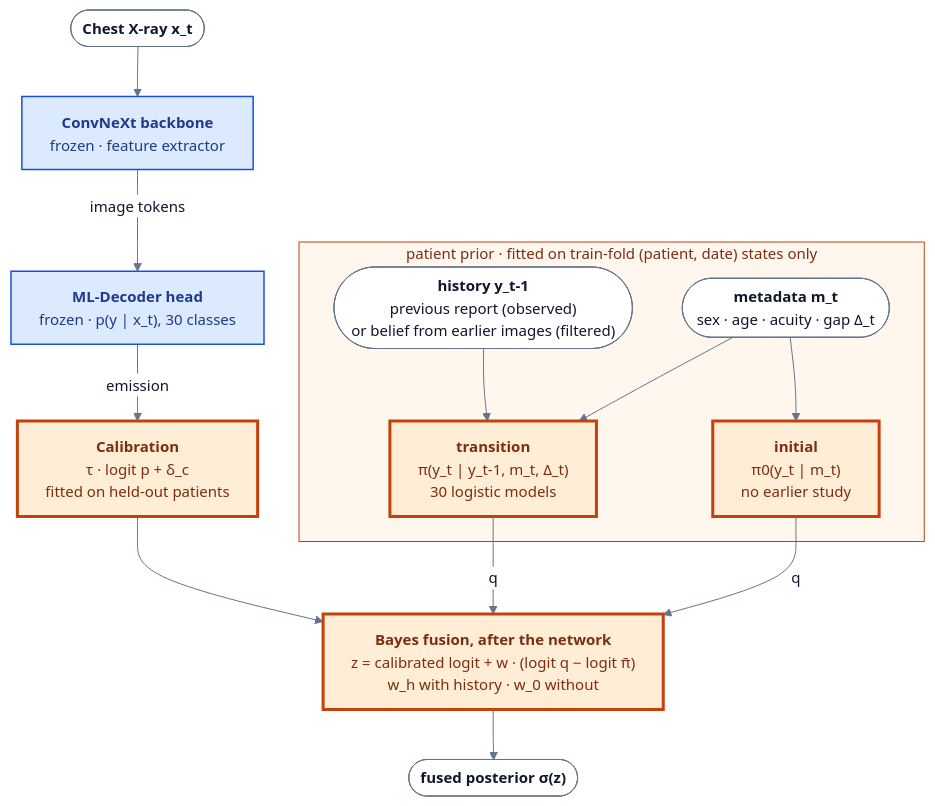
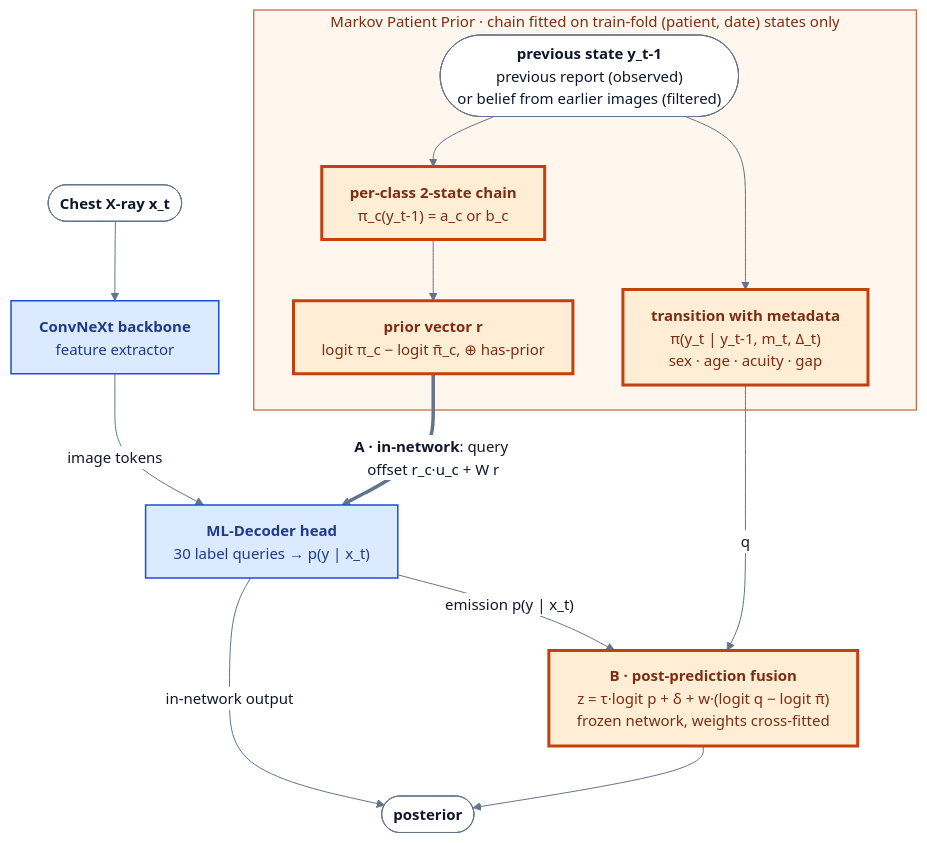
Before and after one commit to nhan03bit/ISBI_2026: the first of 3 diagrams in docs/plan/markov-layer-architecture.md, drawn with Mermaid. The commit also changed other lines of this file and 45 other files, not shown here.

````diff
--- a/docs/plan/markov-layer-architecture.md
+++ b/docs/plan/markov-layer-architecture.md
@@ -34,33 +26,30 @@
 ```mermaid
 %%{init: {"theme": "base", "flowchart": {"wrappingWidth": 400, "padding": 14}, "themeVariables": {"fontSize": "15px", "lineColor": "#64748B", "primaryTextColor": "#0F172A", "edgeLabelBackground": "#FFFFFF", "clusterBkg": "#F8FAFC", "clusterBorder": "#CBD5E1", "titleColor": "#0F172A"}}}%%
 flowchart TB
     X(["<b>Chest X-ray x_t</b>"]):::data
-    BB["<b>ConvNeXt backbone</b><br/>frozen · feature extractor"]:::v3
-    DEC["<b>ML-Decoder head</b><br/>frozen · p(y | x_t), 30 classes"]:::v3
-    CAL["<b>Calibration</b><br/>τ · logit p + δ_c<br/>fitted on held-out patients"]:::new
-    subgraph PRI["patient prior · fitted on train-fold (patient, date) states only"]
-        HIS(["<b>history y_t-1</b><br/>previous report (observed)<br/>or belief from earlier images (filtered)"]):::data
-        MET(["<b>metadata m_t</b><br/>sex · age · acuity · gap Δ_t"]):::data
-        TR["<b>transition</b><br/>π(y_t | y_t-1, m_t, Δ_t)<br/>30 logistic models"]:::new
-        IN["<b>initial</b><br/>π0(y_t | m_t)<br/>no earlier study"]:::new
+    BB["<b>ConvNeXt backbone</b><br/>feature extractor"]:::v3
+    DEC["<b>ML-Decoder head</b><br/>30 label queries → p(y | x_t)"]:::v3
+    subgraph PRI["Markov Patient Prior · chain fitted on train-fold (patient, date) states only"]
+        HIS(["<b>previous state y_t-1</b><br/>previous report (observed)<br/>or belief from earlier images (filtered)"]):::data
+        CH["<b>per-class 2-state chain</b><br/>π_c(y_t-1) = a_c or b_c"]:::new
+        R["<b>prior vector r</b><br/>logit π_c − logit π̄_c, ⊕ has-prior"]:::new
+        TR["<b>transition with metadata</b><br/>π(y_t | y_t-1, m_t, Δ_t)<br/>sex · age · acuity · gap"]:::new
+        HIS --> CH --> R
         HIS --> TR
-        MET --> TR
-        MET --> IN
     end
-    FU["<b>Bayes fusion, after the network</b><br/>z = calibrated logit + w · (logit q − logit π̄)<br/>w_h with history · w_0 without"]:::new
-    OUT(["<b>fused posterior σ(z)</b>"]):::data
-    X --> BB -->|"image tokens"| DEC -->|"emission"| CAL --> FU
+    FU["<b>B · post-prediction fusion</b><br/>z = τ·logit p + δ + w·(logit q − logit π̄)<br/>frozen network, weights cross-fitted"]:::new
+    OUT(["<b>posterior</b>"]):::data
+    X --> BB -->|"image tokens"| DEC
+    R ==>|"<b>A · in-network</b>: query offset r_c·u_c + W r"| DEC
+    DEC -->|"emission p(y | x_t)"| FU
     TR -->|"q"| FU
-    IN -->|"q"| FU
+    DEC -->|"in-network output"| OUT
     FU --> OUT
     style PRI fill:#FFF7ED,stroke:#C2410C,stroke-width:1px,color:#7C2D12
 
     classDef v3 fill:#DBEAFE,stroke:#1D4ED8,stroke-width:1.5px,color:#1E3A8A
     classDef new fill:#FFEDD5,stroke:#C2410C,stroke-width:3px,color:#7C2D12
     classDef data fill:#FFFFFF,stroke:#64748B,stroke-width:1px,color:#0F172A
     classDef loss fill:#EDE9FE,stroke:#6D28D9,stroke-width:1.5px,color:#4C1D95
-    classDef aux fill:#F1F5F9,stroke:#94A3B8,stroke-width:1px,stroke-dasharray:5 4,color:#475569
-    classDef warn fill:#FEE2E2,stroke:#B91C1C,stroke-width:2px,stroke-dasharray:5 4,color:#7F1D1D
     classDef old fill:#F1F5F9,stroke:#94A3B8,stroke-width:1px,color:#334155
-    classDef tail fill:#DCFCE7,stroke:#15803D,stroke-width:2.5px,color:#14532D
 ```
````
